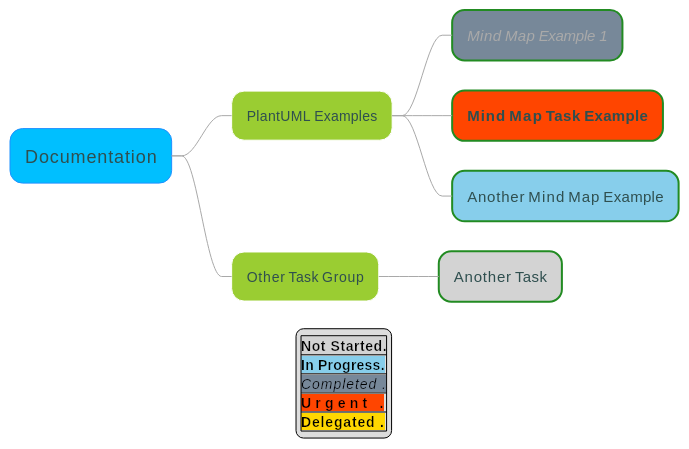
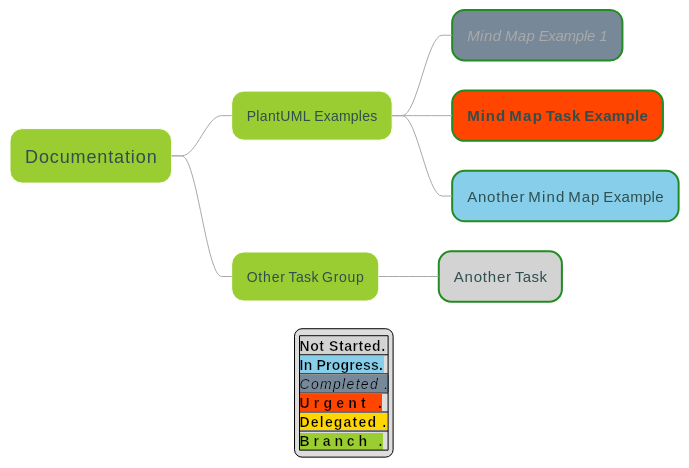
One commit to mattjhayes/PlantUML-Examples changed the diagram in docs/Diagram-Types/source/mindmap-tasks.md. Above: the diagram before and after it, drawn with PlantUML. The commit also changed 5 other files, not shown here.

Commit message:
Updated tasks mind map and added C4 Model Component Diagram

````diff
--- a/docs/Diagram-Types/source/mindmap-tasks.md
+++ b/docs/Diagram-Types/source/mindmap-tasks.md
@@ -9,73 +9,74 @@
 ```plantuml
 @startmindmap
 skinparam ArrowColor DarkGrey
 <style>
 mindmapDiagram {
   node {
     Padding 15
     Margin 15
     BackGroundColor YellowGreen
     FontColor DarkSlateGrey
-    LineColor white
+    LineColor White
     LineThickness 1.0
     MaximumWidth 320
   }
   rootNode {
     Padding 15
     Margin 15
-    BackGroundColor DeepSkyBlue
+    BackGroundColor YellowGreen
     FontColor DarkSlateGrey
     FontSize 18
-    LineColor DodgerBlue
+    LineColor White
     LineThickness 1.0
   }
   leafNode {
     Padding 15
     Margin 15
     BackGroundColor LightGray
     FontColor DarkSlateGrey
     FontSize 15
     LineColor ForestGreen
     LineThickness 2.0
   }
   ' Styles to apply to tasks based on status:
   ' in progress (i)
   .i {
     BackgroundColor SkyBlue
   }
   ' completed (c)
   .c {
     BackgroundColor LightSlateGray
     FontStyle italic
     FontColor DarkGray
   }
   ' urgent (u)
   .u {
     BackgroundColor OrangeRed
     FontStyle bold
   }
   ' delegated (d)
   .d {
     BackgroundColor Gold
   }
 }
 </style>
 ' Legend colours need to be updated manually :-(
 legend
 |<back:LightGray><b>Not Started.</b></back>|
 |<back:SkyBlue><b>In Progress.</b></back>|
-|<back:LightSlateGrey><i>Completed    .</i></back>|
+|<back:LightSlateGrey><i>Completed     .</i></back>|
 |<back:OrangeRed><b>Urgent        .</b></back>|
-|<back:Gold><b>Delegated  .</b></back>|
+|<back:Gold><b>Delegated   .</b></back>|
+|<back:YellowGreen><b>Branch        .</b></back>|
 endlegend
 
 * Documentation
 ** PlantUML Examples
 *** Mind Map Example 1 <<c>>
 *** Mind Map Task Example <<u>>
 *** Another Mind Map Example <<i>>
 ** Other Task Group
 *** Another Task
 
 @endmindmap
 ```
````
